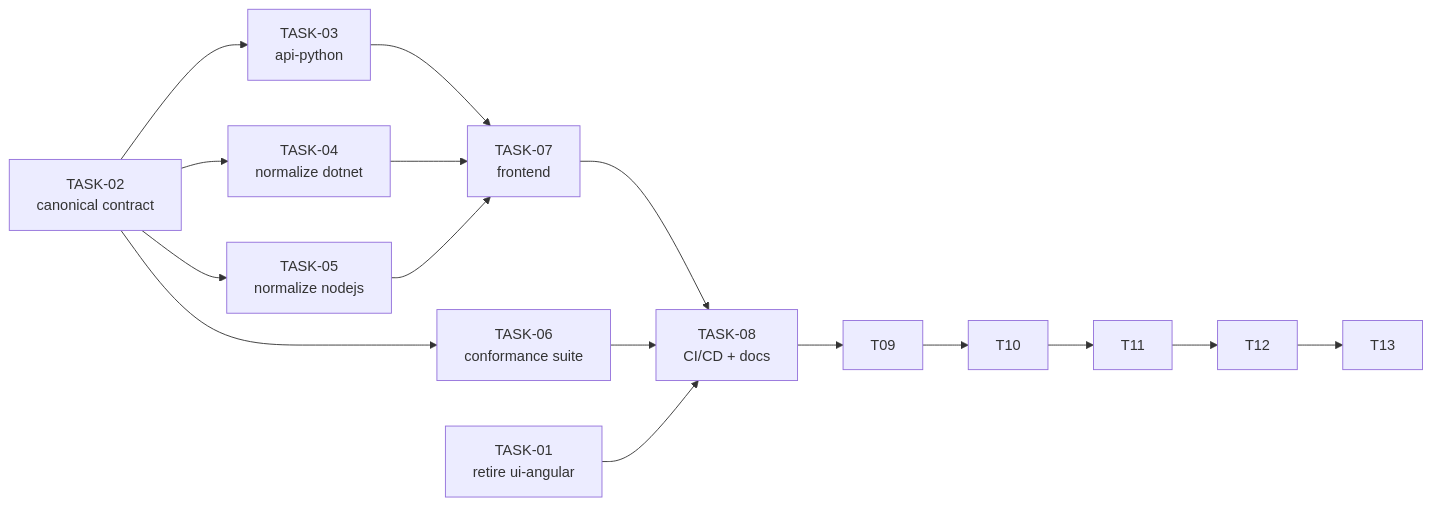
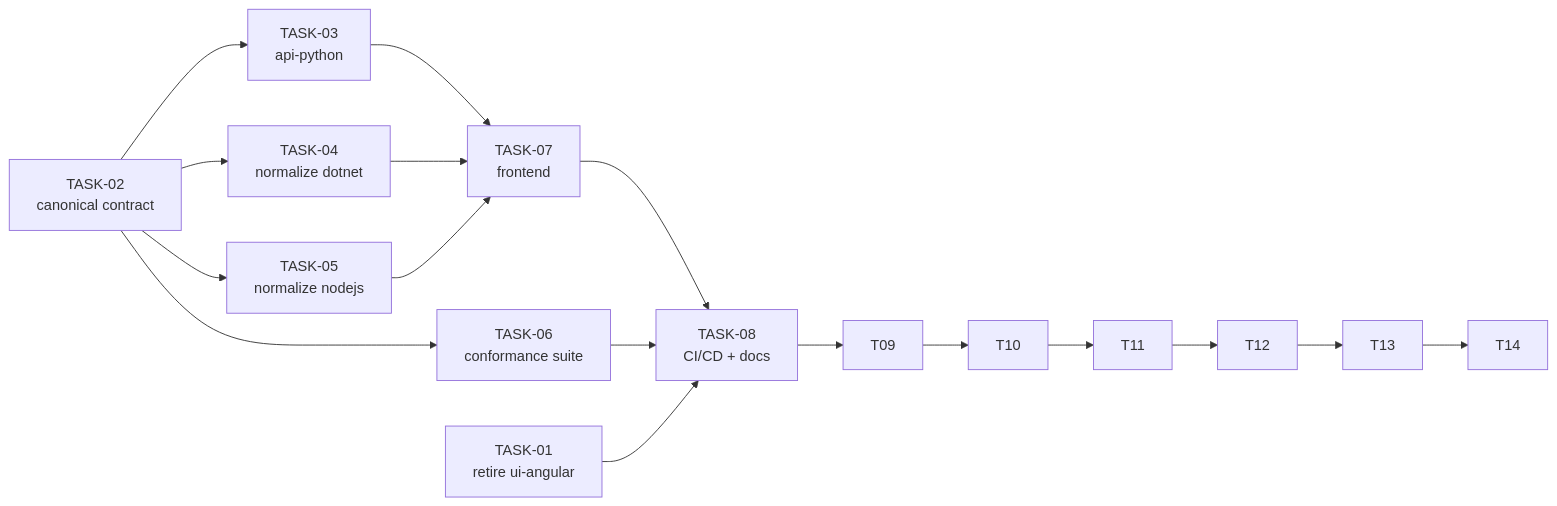
Before and after one commit to RegExTester/regex-tester: the diagram in docs/tasks/README.md, drawn with Mermaid. The commit also changed other lines of this file and 12 other files, not shown here.

````diff
--- a/docs/tasks/README.md
+++ b/docs/tasks/README.md
@@ -23,21 +24,21 @@
 ```mermaid
 graph LR
   T01[TASK-01<br/>retire ui-angular]
   T02[TASK-02<br/>canonical contract]
   T03[TASK-03<br/>api-python]
   T04[TASK-04<br/>normalize dotnet]
   T05[TASK-05<br/>normalize nodejs]
   T06[TASK-06<br/>conformance suite]
   T07[TASK-07<br/>frontend]
   T08[TASK-08<br/>CI/CD + docs]
 
   T02 --> T03 --> T07
   T02 --> T04 --> T07
   T02 --> T05 --> T07
   T02 --> T06
   T07 --> T08
   T06 --> T08
   T01 --> T08
   T08 --> T09 --> T10
-  T10 --> T11 --> T12 --> T13
+  T10 --> T11 --> T12 --> T13 --> T14
 ```
````
